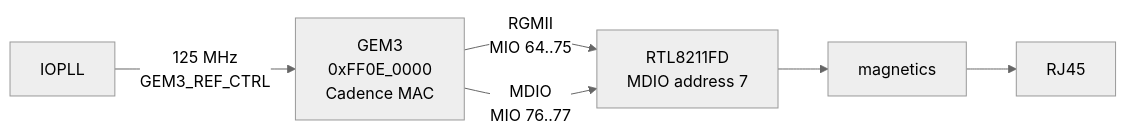
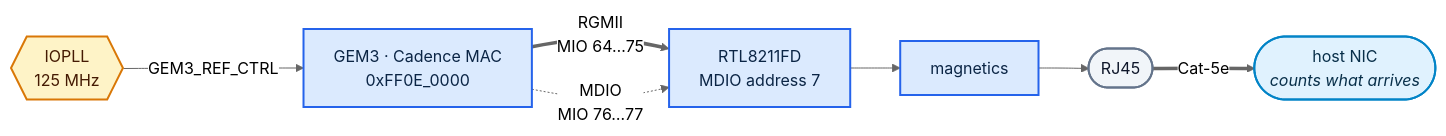
One commit to JutsFunFor/xczu27dr-rfsoc changed the diagram in ethernet/README.md. Above: the diagram before and after it, drawn with Mermaid (neutral theme). The commit also changed other lines of this file and 16 other files, not shown here.

````diff
--- a/ethernet/README.md
+++ b/ethernet/README.md
@@ -41,8 +45,25 @@
 ```mermaid
 flowchart LR
-  GEM["GEM3<br/>0xFF0E_0000<br/>Cadence MAC"]
-  GEM -->|"RGMII<br/>MIO 64..75"| PHY["RTL8211FD<br/>MDIO address 7"]
-  GEM -->|"MDIO<br/>MIO 76..77"| PHY
-  PHY --> MAG["magnetics"] --> RJ["RJ45"]
-  IOPLL["IOPLL"] -->|"125 MHz<br/>GEM3_REF_CTRL"| GEM
+  IOPLL{{"IOPLL<br/>125 MHz"}}
+  GEM["GEM3 · Cadence MAC<br/>0xFF0E_0000"]
+  PHY["RTL8211FD<br/>MDIO address 7"]
+  MAG["magnetics"]
+  RJ(["RJ45"])
+  HOST(["host NIC<br/><i>counts what arrives</i>"])
+
+  IOPLL -->|"GEM3_REF_CTRL"| GEM
+  GEM ==>|"RGMII<br/>MIO 64…75"| PHY
+  GEM -.->|"MDIO<br/>MIO 76…77"| PHY
+  PHY --> MAG --> RJ
+  RJ ==>|"Cat-5e"| HOST
+
+  classDef ps   fill:#dbeafe,stroke:#2563eb,stroke-width:2px,color:#0b2545
+  classDef clk  fill:#fef3c7,stroke:#d97706,stroke-width:2px,color:#451a03
+  classDef ext  fill:#f1f5f9,stroke:#64748b,stroke-width:2px,color:#0f172a
+  classDef host fill:#e0f2fe,stroke:#0284c7,stroke-width:2px,color:#082f49
+
+  class GEM,PHY,MAG ps
+  class IOPLL clk
+  class RJ ext
+  class HOST host
 ```
````
